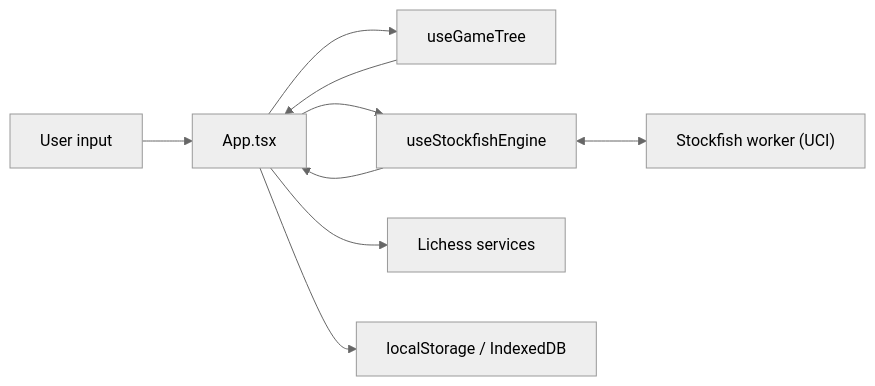
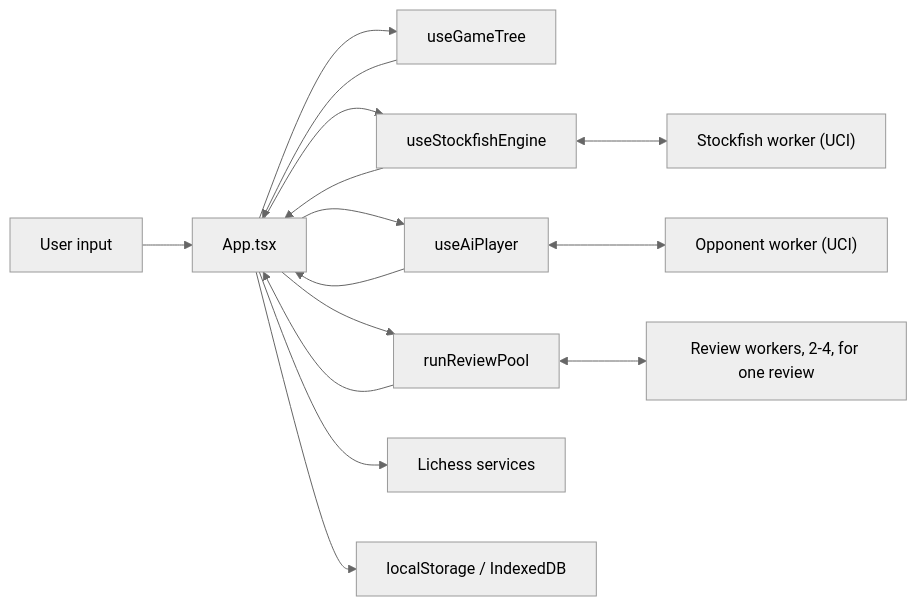
Before and after one commit to Sir-Teo/web-chess: the diagram in docs/architecture.md, drawn with Mermaid (neutral theme). The commit also changed other lines of this file and 1 other file, not shown here.

````diff
--- a/docs/architecture.md
+++ b/docs/architecture.md
@@ -18,11 +21,17 @@
 ```mermaid
 flowchart LR
   User["User input"] --> App["App.tsx"]
   App --> Tree["useGameTree"]
   App --> Engine["useStockfishEngine"]
   Engine <--> Worker["Stockfish worker (UCI)"]
+  App --> Ai["useAiPlayer"]
+  Ai <--> AiWorker["Opponent worker (UCI)"]
+  App --> Pool["runReviewPool"]
+  Pool <--> PoolWorkers["Review workers, 2-4, for one review"]
   App --> Cloud["Lichess services"]
   App --> Storage["localStorage / IndexedDB"]
   Tree --> App
   Engine --> App
+  Ai --> App
+  Pool --> App
 ```
````
